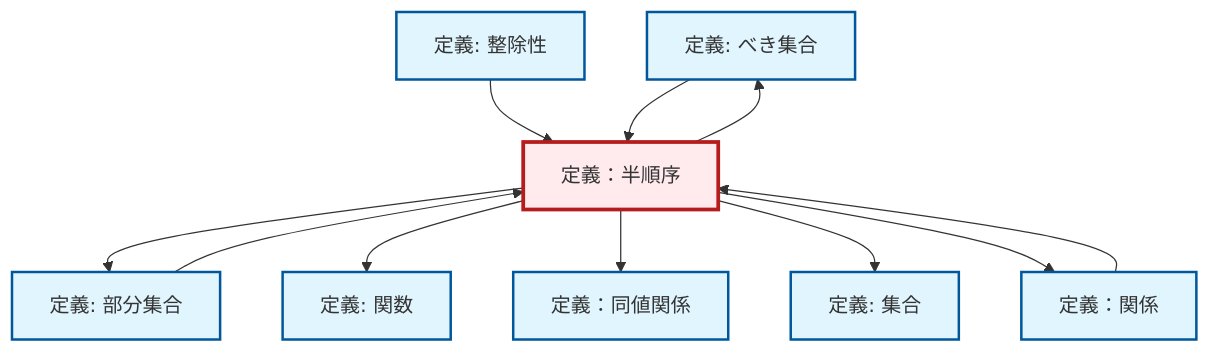
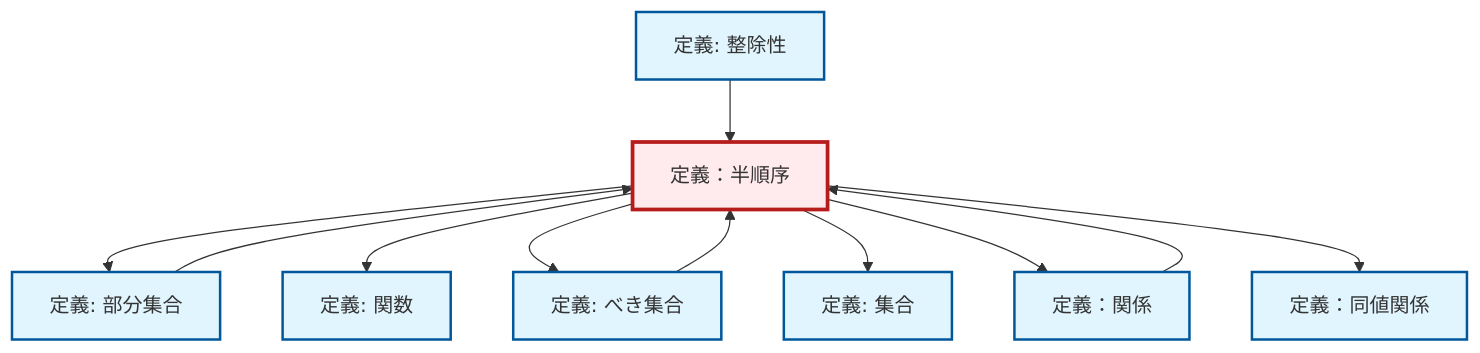
One commit to RK0429/ModernMath changed the diagram in content/ja/logic-set-theory/def-partial-order.qmd. Above: the diagram before and after it, drawn with Mermaid. The commit also changed other lines of this file and 328 other files, not shown here.

````diff
--- a/content/ja/logic-set-theory/def-partial-order.qmd
+++ b/content/ja/logic-set-theory/def-partial-order.qmd
@@ -157,35 +157,35 @@
 ```{mermaid}
 %%| fig-cap: "ローカル依存関係グラフ"
 graph TD
     classDef definition fill:#e1f5fe,stroke:#01579b,stroke-width:2px
     classDef theorem fill:#f3e5f5,stroke:#4a148c,stroke-width:2px
     classDef axiom fill:#fff3e0,stroke:#e65100,stroke-width:2px
     classDef example fill:#e8f5e9,stroke:#1b5e20,stroke-width:2px
     classDef current fill:#ffebee,stroke:#b71c1c,stroke-width:3px
-    def-set["定義: 集合"]:::definition
-    def-power-set["定義: べき集合"]:::definition
     def-partial-order["定義：半順序"]:::definition
     def-function["定義: 関数"]:::definition
+    def-set["定義: 集合"]:::definition
+    def-relation["定義：関係"]:::definition
+    def-divisibility["定義: 整除性"]:::definition
     def-subset["定義: 部分集合"]:::definition
     def-equivalence-relation["定義：同値関係"]:::definition
-    def-relation["定義：関係"]:::definition
-    def-divisibility["定義: 整除性"]:::definition
+    def-power-set["定義: べき集合"]:::definition
     def-partial-order --> def-subset
+    def-power-set --> def-partial-order
     def-partial-order --> def-function
+    def-relation --> def-partial-order
+    def-partial-order --> def-power-set
     def-subset --> def-partial-order
+    def-partial-order --> def-set
+    def-partial-order --> def-relation
     def-partial-order --> def-equivalence-relation
-    def-relation --> def-partial-order
     def-divisibility --> def-partial-order
-    def-partial-order --> def-set
-    def-partial-order --> def-power-set
-    def-power-set --> def-partial-order
-    def-partial-order --> def-relation
     class def-partial-order current
+    click def-function "def-function.html" "関数の定義へ"
     click def-set "def-set.html" "集合の定義へ"
-    click def-power-set "def-power-set.html" "べき集合の定義へ"
-    click def-function "def-function.html" "関数の定義へ"
+    click def-relation "def-relation.html" "定義：関係へ"
+    click def-divisibility "def-divisibility.html" "整除性の定義へ"
     click def-subset "def-subset.html" "部分集合の定義へ"
     click def-equivalence-relation "def-equivalence-relation.html" "定義：同値関係へ"
-    click def-relation "def-relation.html" "定義：関係へ"
-    click def-divisibility "def-divisibility.html" "整除性の定義へ"
+    click def-power-set "def-power-set.html" "べき集合の定義へ"
 ```
````
